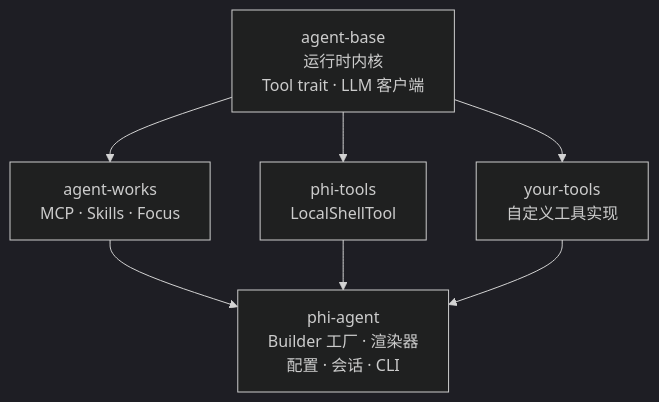
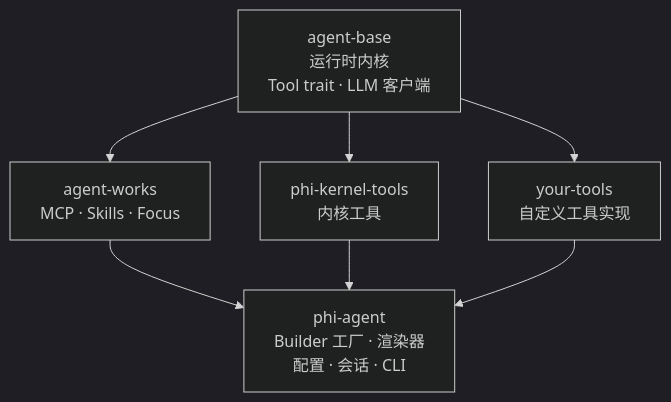
The diagram in docs/zh/index.md (chenkangzeng1/agent-base), drawn with Mermaid (dark theme) before and after one commit. The commit also changed other lines of this file and 3 other files, not shown here.

````diff
--- a/docs/zh/index.md
+++ b/docs/zh/index.md
@@ -59,14 +59,14 @@
 ```mermaid
 graph TB
     AB[agent-base<br/>运行时内核<br/>Tool trait · LLM 客户端]
 
     AB --> AW[agent-works<br/>MCP · Skills · Focus]
-    AB --> PT[phi-tools<br/>LocalShellTool]
+    AB --> PKT[phi-kernel-tools<br/>内核工具]
     AB --> YT[your-tools<br/>自定义工具实现]
 
     AW --> PA
-    PT --> PA
+    PKT --> PA
     YT --> PA
 
     PA[phi-agent<br/>Builder 工厂 · 渲染器<br/>配置 · 会话 · CLI]
 ```
````
